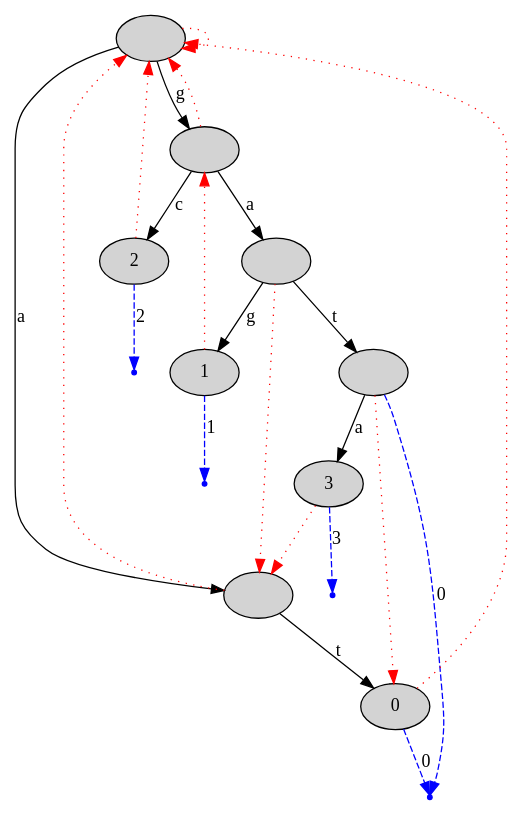
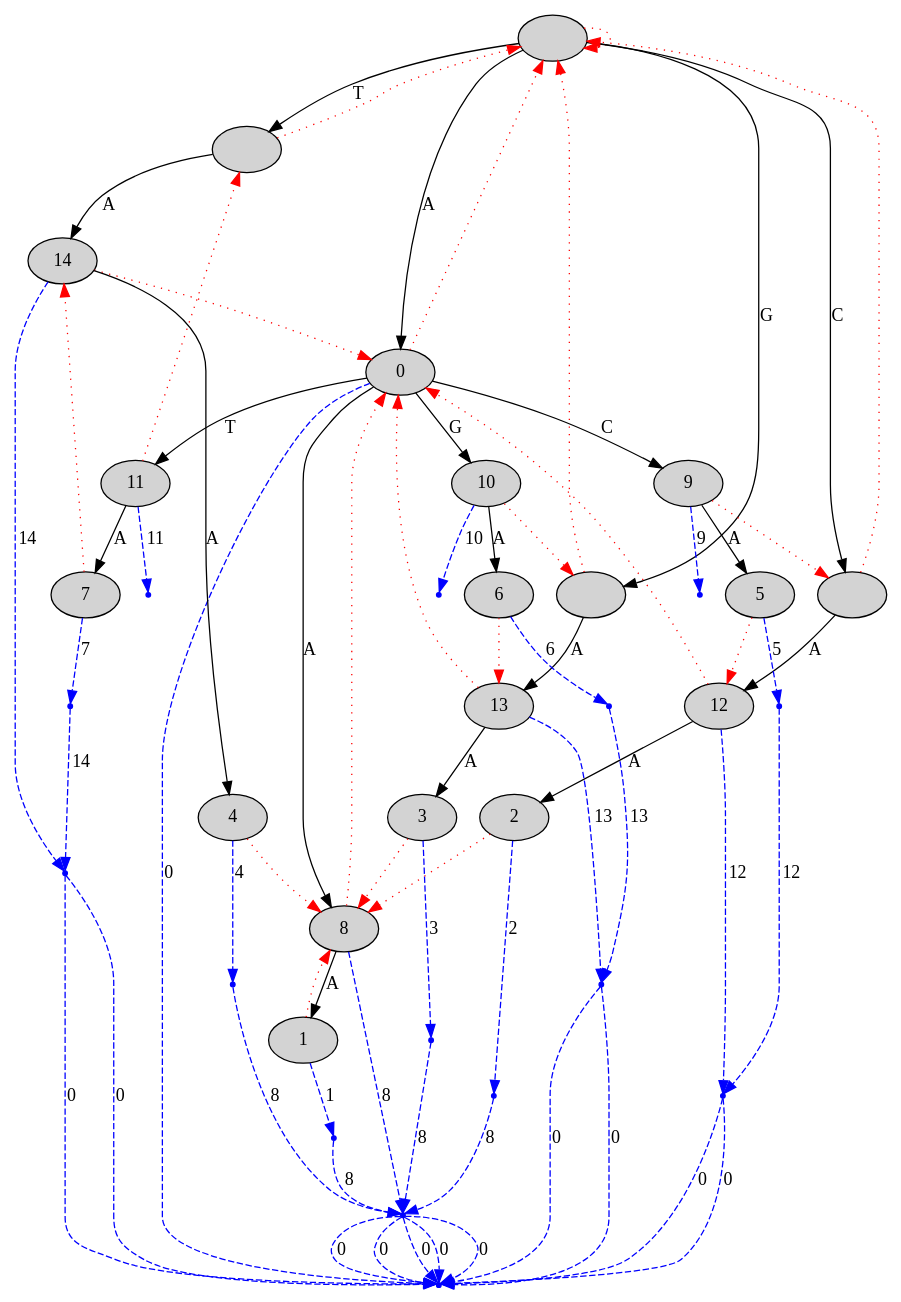
Before and after one commit to bioinfau/gsa-read-mapper: the diagram in mappers_src/ac_readmapper_src/testing_tools/trie.dot, drawn with Graphviz. The commit also changed 5 other files, not shown here.

```diff
--- a/mappers_src/ac_readmapper_src/testing_tools/trie.dot
+++ b/mappers_src/ac_readmapper_src/testing_tools/trie.dot
@@ -1,39 +1,107 @@
 digraph {
 node[style=filled];
-"0x7f972ec02700" [label=""];
-"0x7f972ec02700" -> "0x7f972ed000e0" [label="g"];
-"0x7f972ec02700" -> "0x7f972ed00040" [label="a"];
-"0x7f972ec02700" -> "0x7f972ec02700" [style="dotted", color=red];
-"0x7f972ed000e0" [label=""];
-"0x7f972ed000e0" -> "0x7f972ed00120" [label="c"];
-"0x7f972ed000e0" -> "0x7f972ed000b0" [label="a"];
-"0x7f972ed000e0" -> "0x7f972ec02700" [style="dotted", color=red];
-"0x7f972ed00120" [label="2"];
-"0x7f972ed00120" -> "0x7f972ec02700" [style="dotted", color=red];
-"0x7f972ed001d0" [color=blue, shape=point];
-"0x7f972ed00120" -> "0x7f972ed001d0" [style="dashed", color=blue, label=2];
-"0x7f972ed000b0" [label=""];
-"0x7f972ed000b0" -> "0x7f972ed00190" [label="t"];
-"0x7f972ed000b0" -> "0x7f972ed00080" [label="g"];
-"0x7f972ed000b0" -> "0x7f972ed00040" [style="dotted", color=red];
-"0x7f972ed00190" [label=""];
-"0x7f972ed00190" -> "0x7f972ed00160" [label="a"];
-"0x7f972ed00190" -> "0x7f972ed00010" [style="dotted", color=red];
-"0x7f972ed001e0" [color=blue, shape=point];
-"0x7f972ed00190" -> "0x7f972ed001e0" [style="dashed", color=blue, label=0];
-"0x7f972ed00160" [label="3"];
-"0x7f972ed00160" -> "0x7f972ed00040" [style="dotted", color=red];
-"0x7f972ed001f0" [color=blue, shape=point];
-"0x7f972ed00160" -> "0x7f972ed001f0" [style="dashed", color=blue, label=3];
-"0x7f972ed00080" [label="1"];
-"0x7f972ed00080" -> "0x7f972ed000e0" [style="dotted", color=red];
-"0x7f972ed00200" [color=blue, shape=point];
-"0x7f972ed00080" -> "0x7f972ed00200" [style="dashed", color=blue, label=1];
-"0x7f972ed00040" [label=""];
-"0x7f972ed00040" -> "0x7f972ed00010" [label="t"];
-"0x7f972ed00040" -> "0x7f972ec02700" [style="dotted", color=red];
-"0x7f972ed00010" [label="0"];
-"0x7f972ed00010" -> "0x7f972ec02700" [style="dotted", color=red];
-"0x7f972ed001e0" [color=blue, shape=point];
-"0x7f972ed00010" -> "0x7f972ed001e0" [style="dashed", color=blue, label=0];
+"0x7f927b4026d0" [label=""];
+"0x7f927b4026d0" -> "0x7f927b402920" [label="T"];
+"0x7f927b4026d0" -> "0x7f927b402890" [label="G"];
+"0x7f927b4026d0" -> "0x7f927b402800" [label="C"];
+"0x7f927b4026d0" -> "0x7f927b402700" [label="A"];
+"0x7f927b4026d0" -> "0x7f927b4026d0" [style="dotted", color=red];
+"0x7f927b402920" [label=""];
+"0x7f927b402920" -> "0x7f927b4028f0" [label="A"];
+"0x7f927b402920" -> "0x7f927b4026d0" [style="dotted", color=red];
+"0x7f927b4028f0" [label="14"];
+"0x7f927b4028f0" -> "0x7f927b4028c0" [label="A"];
+"0x7f927b4028f0" -> "0x7f927b402700" [style="dotted", color=red];
+"0x7f927b402ae0" [color=blue, shape=point];
+"0x7f927b4028f0" -> "0x7f927b402ae0" [style="dashed", color=blue, label=14];
+"0x7f927b402ae0" -> "0x7f927b402ad0" [style="dashed", color=blue, label=0];
+"0x7f927b4028c0" [label="4"];
+"0x7f927b4028c0" -> "0x7f927b402760" [style="dotted", color=red];
+"0x7f927b400370" [color=blue, shape=point];
+"0x7f927b4028c0" -> "0x7f927b400370" [style="dashed", color=blue, label=4];
+"0x7f927b400370" -> "0x7f927b402b40" [style="dashed", color=blue, label=8];
+"0x7f927b402b40" -> "0x7f927b402ad0" [style="dashed", color=blue, label=0];
+"0x7f927b402890" [label=""];
+"0x7f927b402890" -> "0x7f927b402860" [label="A"];
+"0x7f927b402890" -> "0x7f927b4026d0" [style="dotted", color=red];
+"0x7f927b402860" [label="13"];
+"0x7f927b402860" -> "0x7f927b402830" [label="A"];
+"0x7f927b402860" -> "0x7f927b402700" [style="dotted", color=red];
+"0x7f927b402af0" [color=blue, shape=point];
+"0x7f927b402860" -> "0x7f927b402af0" [style="dashed", color=blue, label=13];
+"0x7f927b402af0" -> "0x7f927b402ad0" [style="dashed", color=blue, label=0];
+"0x7f927b402830" [label="3"];
+"0x7f927b402830" -> "0x7f927b402760" [style="dotted", color=red];
+"0x7f927b402a70" [color=blue, shape=point];
+"0x7f927b402830" -> "0x7f927b402a70" [style="dashed", color=blue, label=3];
+"0x7f927b402a70" -> "0x7f927b402b40" [style="dashed", color=blue, label=8];
+"0x7f927b402b40" -> "0x7f927b402ad0" [style="dashed", color=blue, label=0];
+"0x7f927b402800" [label=""];
+"0x7f927b402800" -> "0x7f927b4027d0" [label="A"];
+"0x7f927b402800" -> "0x7f927b4026d0" [style="dotted", color=red];
+"0x7f927b4027d0" [label="12"];
+"0x7f927b4027d0" -> "0x7f927b402790" [label="A"];
+"0x7f927b4027d0" -> "0x7f927b402700" [style="dotted", color=red];
+"0x7f927b402b00" [color=blue, shape=point];
+"0x7f927b4027d0" -> "0x7f927b402b00" [style="dashed", color=blue, label=12];
+"0x7f927b402b00" -> "0x7f927b402ad0" [style="dashed", color=blue, label=0];
+"0x7f927b402790" [label="2"];
+"0x7f927b402790" -> "0x7f927b402760" [style="dotted", color=red];
+"0x7f927b402a80" [color=blue, shape=point];
+"0x7f927b402790" -> "0x7f927b402a80" [style="dashed", color=blue, label=2];
+"0x7f927b402a80" -> "0x7f927b402b40" [style="dashed", color=blue, label=8];
+"0x7f927b402b40" -> "0x7f927b402ad0" [style="dashed", color=blue, label=0];
+"0x7f927b402700" [label="0"];
+"0x7f927b402700" -> "0x7f927b402a40" [label="T"];
+"0x7f927b402700" -> "0x7f927b4029e0" [label="G"];
+"0x7f927b402700" -> "0x7f927b402980" [label="C"];
+"0x7f927b402700" -> "0x7f927b402760" [label="A"];
+"0x7f927b402700" -> "0x7f927b4026d0" [style="dotted", color=red];
+"0x7f927b402ad0" [color=blue, shape=point];
+"0x7f927b402700" -> "0x7f927b402ad0" [style="dashed", color=blue, label=0];
+"0x7f927b402a40" [label="11"];
+"0x7f927b402a40" -> "0x7f927b402a10" [label="A"];
+"0x7f927b402a40" -> "0x7f927b402920" [style="dotted", color=red];
+"0x7f927b402b10" [color=blue, shape=point];
+"0x7f927b402a40" -> "0x7f927b402b10" [style="dashed", color=blue, label=11];
+"0x7f927b402a10" [label="7"];
+"0x7f927b402a10" -> "0x7f927b4028f0" [style="dotted", color=red];
+"0x7f927b402a90" [color=blue, shape=point];
+"0x7f927b402a10" -> "0x7f927b402a90" [style="dashed", color=blue, label=7];
+"0x7f927b402a90" -> "0x7f927b402ae0" [style="dashed", color=blue, label=14];
+"0x7f927b402ae0" -> "0x7f927b402ad0" [style="dashed", color=blue, label=0];
+"0x7f927b4029e0" [label="10"];
+"0x7f927b4029e0" -> "0x7f927b4029b0" [label="A"];
+"0x7f927b4029e0" -> "0x7f927b402890" [style="dotted", color=red];
+"0x7f927b402b20" [color=blue, shape=point];
+"0x7f927b4029e0" -> "0x7f927b402b20" [style="dashed", color=blue, label=10];
+"0x7f927b4029b0" [label="6"];
+"0x7f927b4029b0" -> "0x7f927b402860" [style="dotted", color=red];
+"0x7f927b402aa0" [color=blue, shape=point];
+"0x7f927b4029b0" -> "0x7f927b402aa0" [style="dashed", color=blue, label=6];
+"0x7f927b402aa0" -> "0x7f927b402af0" [style="dashed", color=blue, label=13];
+"0x7f927b402af0" -> "0x7f927b402ad0" [style="dashed", color=blue, label=0];
+"0x7f927b402980" [label="9"];
+"0x7f927b402980" -> "0x7f927b402950" [label="A"];
+"0x7f927b402980" -> "0x7f927b402800" [style="dotted", color=red];
+"0x7f927b402b30" [color=blue, shape=point];
+"0x7f927b402980" -> "0x7f927b402b30" [style="dashed", color=blue, label=9];
+"0x7f927b402950" [label="5"];
+"0x7f927b402950" -> "0x7f927b4027d0" [style="dotted", color=red];
+"0x7f927b402ab0" [color=blue, shape=point];
+"0x7f927b402950" -> "0x7f927b402ab0" [style="dashed", color=blue, label=5];
+"0x7f927b402ab0" -> "0x7f927b402b00" [style="dashed", color=blue, label=12];
+"0x7f927b402b00" -> "0x7f927b402ad0" [style="dashed", color=blue, label=0];
+"0x7f927b402760" [label="8"];
+"0x7f927b402760" -> "0x7f927b402730" [label="A"];
+"0x7f927b402760" -> "0x7f927b402700" [style="dotted", color=red];
+"0x7f927b402b40" [color=blue, shape=point];
+"0x7f927b402760" -> "0x7f927b402b40" [style="dashed", color=blue, label=8];
+"0x7f927b402b40" -> "0x7f927b402ad0" [style="dashed", color=blue, label=0];
+"0x7f927b402730" [label="1"];
+"0x7f927b402730" -> "0x7f927b402760" [style="dotted", color=red];
+"0x7f927b402ac0" [color=blue, shape=point];
+"0x7f927b402730" -> "0x7f927b402ac0" [style="dashed", color=blue, label=1];
+"0x7f927b402ac0" -> "0x7f927b402b40" [style="dashed", color=blue, label=8];
+"0x7f927b402b40" -> "0x7f927b402ad0" [style="dashed", color=blue, label=0];
 }
```
